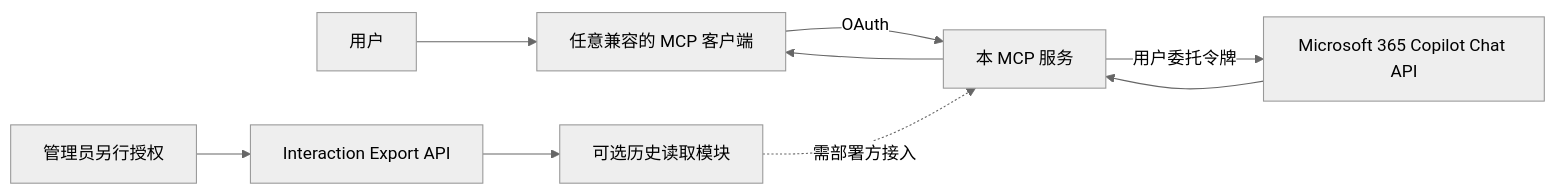
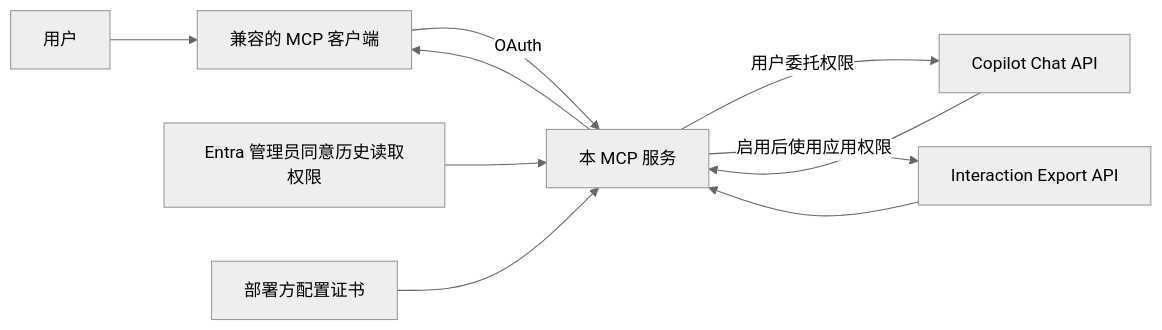
One commit to johnw-max/m365-copilot-mcp changed the diagram in README.md. Above: the diagram before and after it, drawn with Mermaid (neutral theme). The commit also changed other lines of this file and 12 other files, not shown here.

Commit message:
Enable optional Copilot history in the MCP server

````diff
--- a/README.md
+++ b/README.md
@@ -7,10 +7,11 @@
 ```mermaid
 flowchart LR
-  U[用户] --> H[任意兼容的 MCP 客户端]
+  U[用户] --> H[兼容的 MCP 客户端]
   H -->|OAuth| S[本 MCP 服务]
-  S -->|用户委托令牌| C[Microsoft 365 Copilot Chat API]
-  C --> S --> H
-  A[管理员另行授权] --> E[Interaction Export API]
-  E --> R[可选历史读取模块]
-  R -.需部署方接入.-> S
+  S -->|用户委托权限| C[Copilot Chat API]
+  C --> S
+  A[Entra 管理员同意历史读取权限] --> S
+  K[部署方配置证书] --> S
+  S -->|启用后使用应用权限| I[Interaction Export API]
+  I --> S --> H
 ```
````
